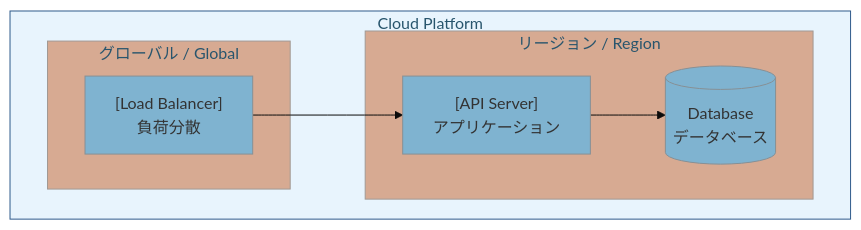
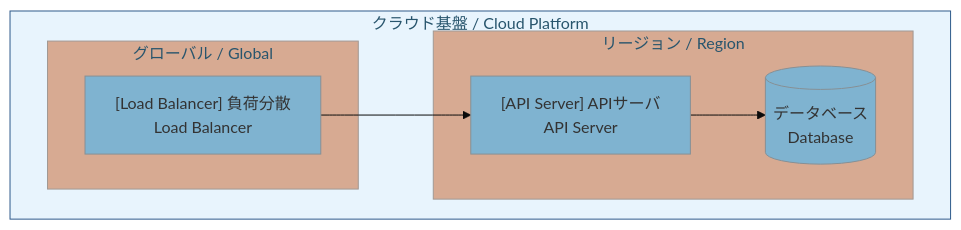
The third of 11 diagrams in diagram/references/mermaid-patterns.md (MizukiMachine/claude-skill-public), drawn with Mermaid before and after one commit. The commit also changed other lines of this file and 2 other files, not shown here.

First line of the commit message:
docs(diagram): Codex版に合わせて日本語メイン方針へ刷新

````diff
--- a/diagram/references/mermaid-patterns.md
+++ b/diagram/references/mermaid-patterns.md
@@ -85,16 +85,16 @@
 ```mermaid
 %%{init: {'theme': 'base', 'themeVariables': { 'primaryColor': '#7FB3D0'}}}%%
 flowchart TB
-    subgraph Cloud["Cloud Platform"]
+    subgraph Cloud["クラウド基盤 / Cloud Platform"]
         subgraph Global["グローバル / Global"]
-            LB["[Load Balancer]<br/>負荷分散"]
+            LB["[Load Balancer] 負荷分散<br/>Load Balancer"]
         end
         subgraph Region["リージョン / Region"]
-            API["[API Server]<br/>アプリケーション"]
-            DB[("Database<br/>データベース")]
+            API["[API Server] APIサーバ<br/>API Server"]
+            DB[("データベース<br/>Database")]
         end
     end
     LB --> API
     API --> DB
     style Cloud fill:#E8F4FD,stroke:#2E5A8B
 ```
````
